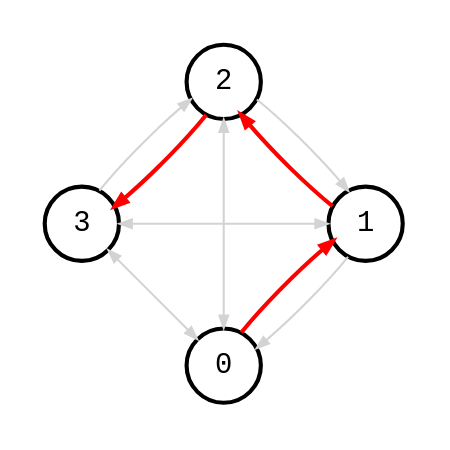
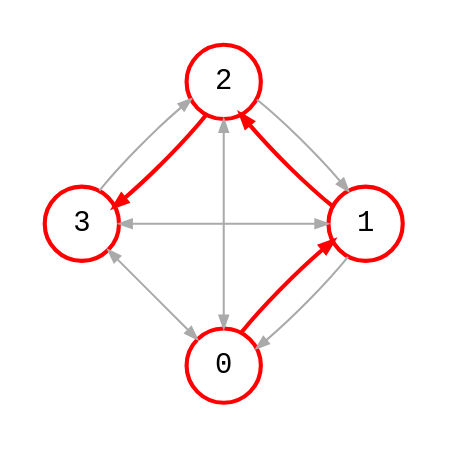
The diagram in src/bfs_complete_4.dot (bsdrks/graaf-images), drawn with Graphviz before and after one commit. The commit also changed 21 other files, not shown here.

Commit message:
unify diagram style

```diff
--- a/src/bfs_complete_4.dot
+++ b/src/bfs_complete_4.dot
@@ -1,17 +1,17 @@
 digraph {
     node [shape=circle, fontname="monospace"];
     edge [arrowsize=0.6, fontname="monospace"];
     layout=circo;
     pad=0.2;
 
-    0, 1, 2, 3 [style=bold];
+    0, 1, 2, 3 [style=bold, color=red];
 
-    0 -> {2, 3} [dir=both, color=lightgray];
+    0 -> {2, 3} [dir=both, color="#aaaaaa"];
     0 -> 1 [style=bold, color=red];
-    1 -> 0 [color=lightgray];
+    1 -> 0 [color="#aaaaaa"];
     1 -> 2 [style=bold, color=red];
-    2 -> 1 [color=lightgray];
+    2 -> 1 [color="#aaaaaa"];
     2 -> 3 [style=bold, color=red];
-    3 -> 1 [dir=both, color=lightgray];
-    3 -> 2 [color=lightgray];
+    3 -> 1 [dir=both, color="#aaaaaa"];
+    3 -> 2 [color="#aaaaaa"];
 }
```
